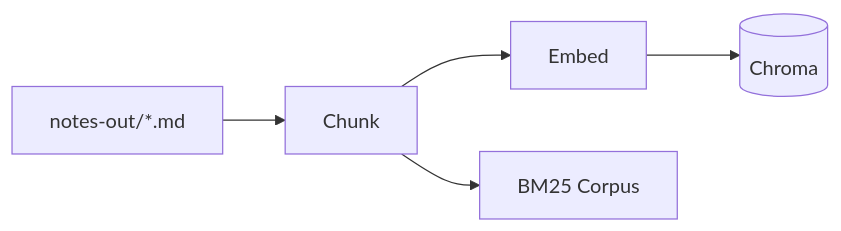
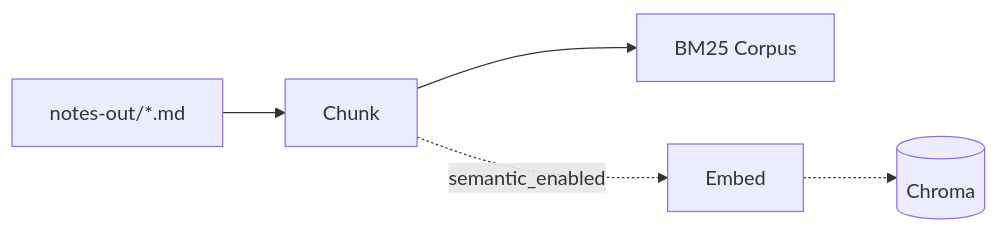
The first of 2 diagrams in .docs/architecture.md (Code-and-Sorts/chirp-ai-note-app), drawn with Mermaid before and after one commit. The commit also changed other lines of this file and 27 other files, not shown here.

Commit message:
Lexical-first retrieval — Phases 3–5 (registry hiding, enable flow, docs) (#118)

````diff
--- a/.docs/architecture.md
+++ b/.docs/architecture.md
@@ -7,7 +12,7 @@
 ```mermaid
 flowchart LR
   Notes[notes-out/*.md] --> Chunk[Chunk]
-  Chunk --> Embed[Embed]
-  Embed --> Chroma[(Chroma)]
   Chunk --> BM25[BM25 Corpus]
+  Chunk -.semantic_enabled.-> Embed[Embed]
+  Embed -.-> Chroma[(Chroma)]
 ```
````
